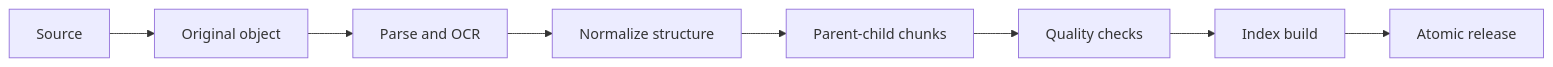
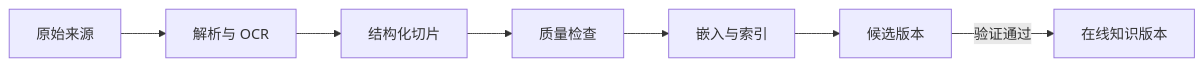
The diagram in docs/ai-agent/rag-ingestion.md (upJiang/jiang-blog-vitepress), drawn with Mermaid before and after one commit. The commit also changed other lines of this file and 164 other files, not shown here.

````diff
--- a/docs/ai-agent/rag-ingestion.md
+++ b/docs/ai-agent/rag-ingestion.md
@@ -17,10 +21,9 @@
 ```mermaid
 flowchart LR
-  S[Source] --> O[Original object]
-  O --> P[Parse and OCR]
-  P --> N[Normalize structure]
-  N --> C[Parent-child chunks]
-  C --> Q[Quality checks]
-  Q --> I[Index build]
-  I --> R[Atomic release]
+  A[原始来源] --> B[解析与 OCR]
+  B --> C[结构化切片]
+  C --> D[质量检查]
+  D --> E[嵌入与索引]
+  E --> F[候选版本]
+  F -->|验证通过| G[在线知识版本]
 ```
````
